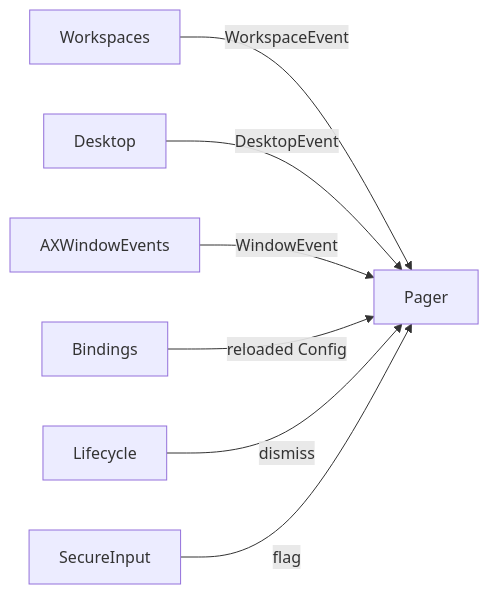
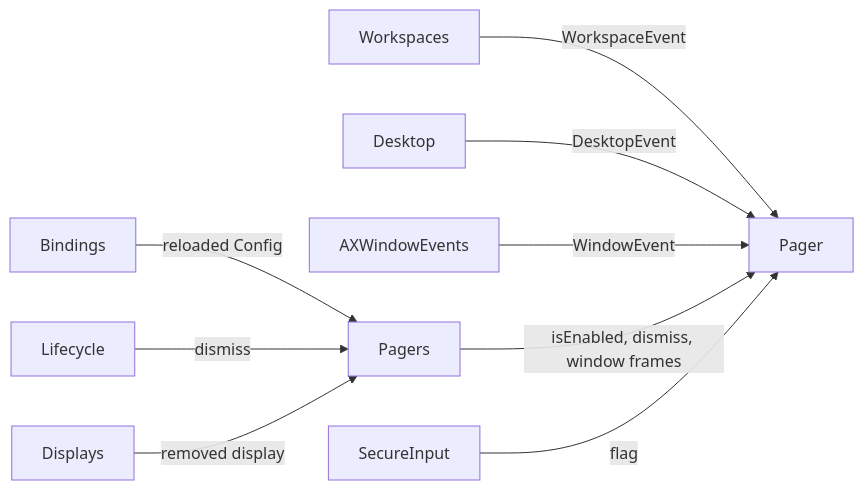
Before and after one commit to brennovich/ottowm: the ninth of 26 diagrams in ARCHITECTURE.md, drawn with Mermaid. The commit also changed other lines of this file and 1 other file, not shown here.

First line of the commit message:
Document one engine and one Pager per display

````diff
--- a/ARCHITECTURE.md
+++ b/ARCHITECTURE.md
@@ -159,9 +186,11 @@
 ```mermaid
 flowchart LR
     Workspaces -->|WorkspaceEvent| Pager
     Desktop -->|DesktopEvent| Pager
     AXWindowEvents -->|WindowEvent| Pager
-    Bindings -->|reloaded Config| Pager
-    Lifecycle -->|dismiss| Pager
+    Bindings -->|reloaded Config| Pagers
+    Lifecycle -->|dismiss| Pagers
+    Displays -->|removed display| Pagers
+    Pagers -->|"isEnabled, dismiss, window frames"| Pager
     SecureInput -->|flag| Pager
 ```
````
